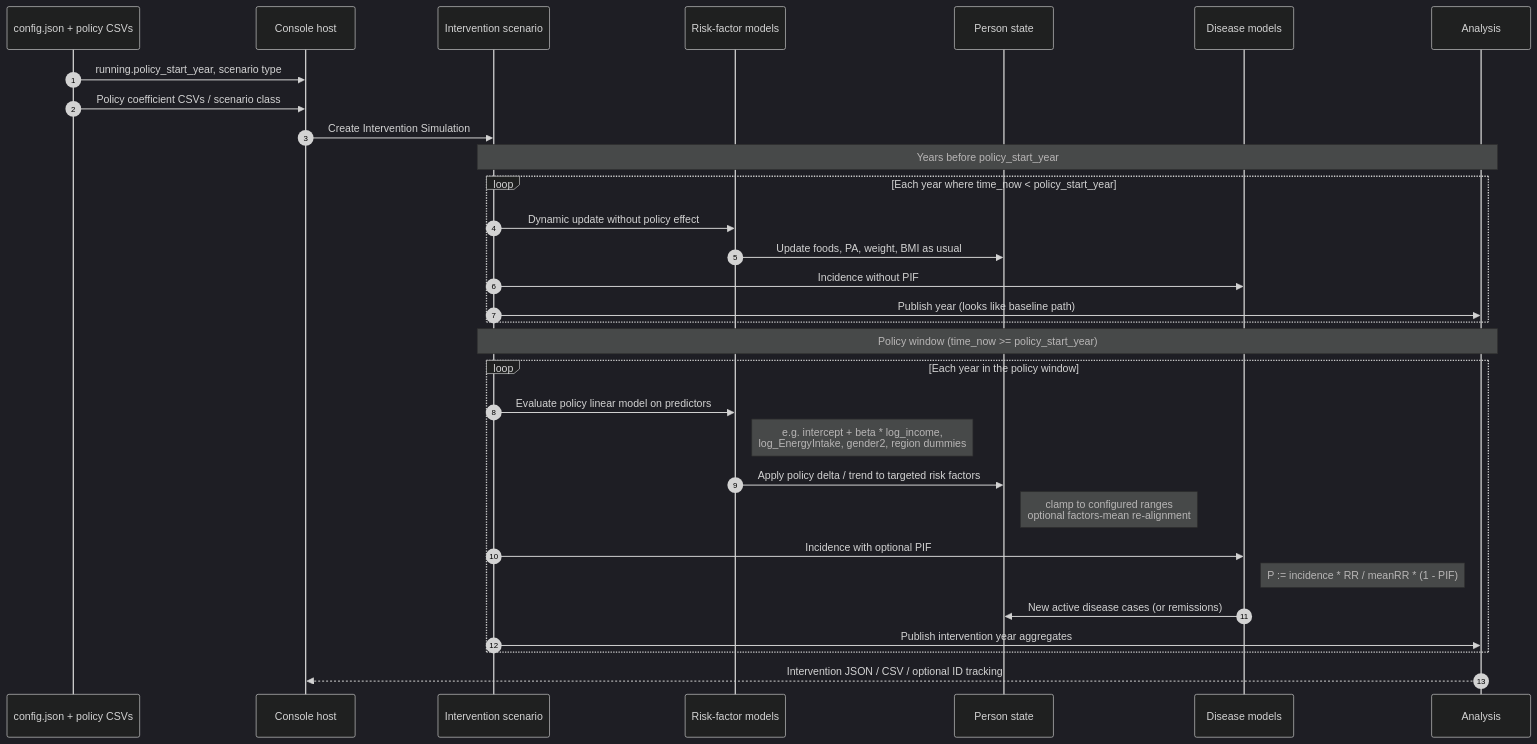
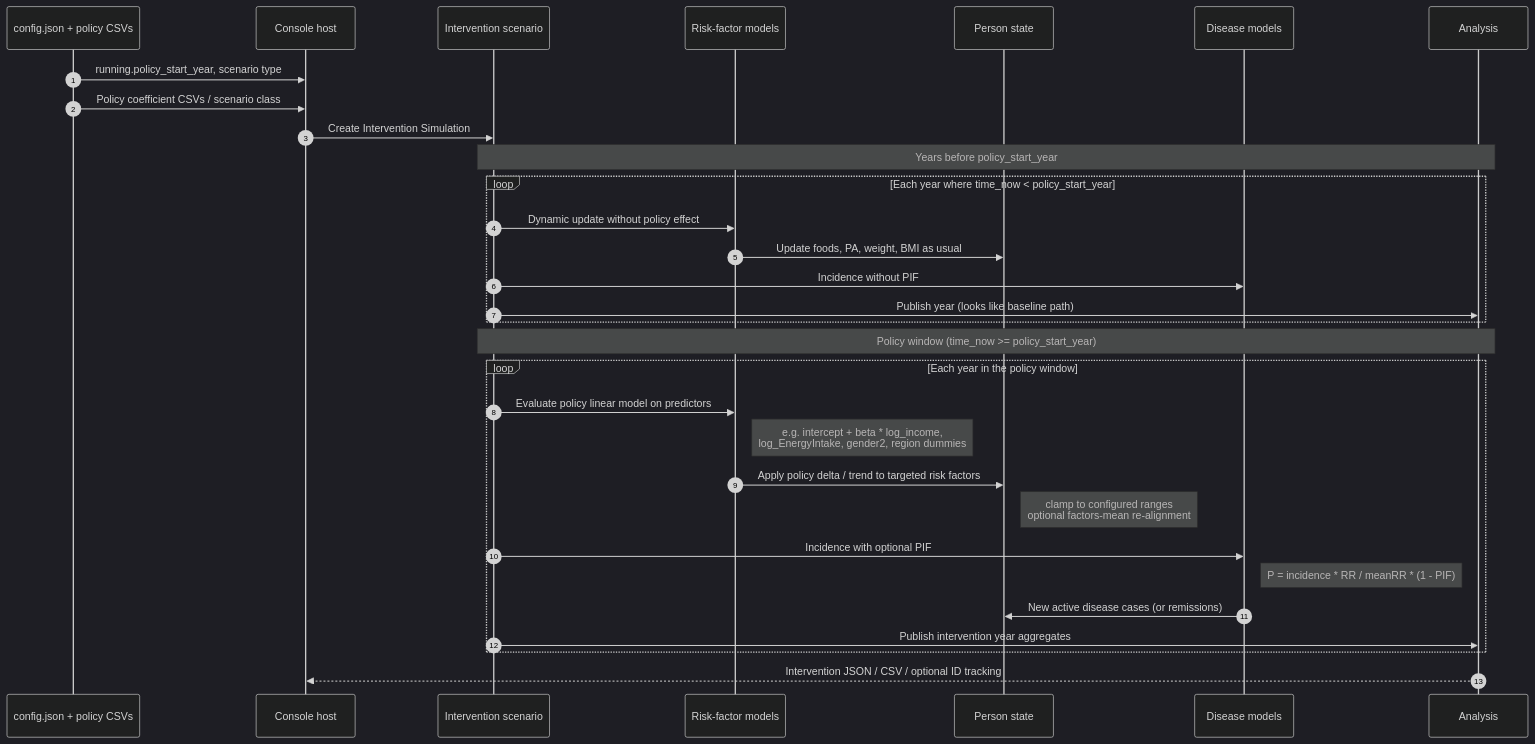
Before and after one commit to imperialCHEPI/healthgps: the first of 3 diagrams in documentation/index.md, drawn with Mermaid (dark theme). The commit also changed other lines of this file, not shown here.

````diff
--- a/documentation/index.md
+++ b/documentation/index.md
@@ -108,37 +108,37 @@
 ```mermaid
 sequenceDiagram
     autonumber
     participant Cfg as config.json + policy CSVs
     participant Host as Console host
     participant Scn as Intervention scenario
     participant RF as Risk-factor models
     participant Pers as Person state
     participant Dis as Disease models
     participant Ana as Analysis
 
     Cfg->>Host: running.policy_start_year, scenario type
     Cfg->>Host: Policy coefficient CSVs / scenario class
     Host->>Scn: Create Intervention Simulation
 
     Note over Scn,Ana: Years before policy_start_year
     loop Each year where time_now < policy_start_year
         Scn->>RF: Dynamic update without policy effect
         RF->>Pers: Update foods, PA, weight, BMI as usual
         Scn->>Dis: Incidence without PIF
         Scn->>Ana: Publish year (looks like baseline path)
     end
 
     Note over Scn,Ana: Policy window (time_now >= policy_start_year)
     loop Each year in the policy window
         Scn->>RF: Evaluate policy linear model on predictors
         Note right of RF: e.g. intercept + beta * log_income,<br/>log_EnergyIntake, gender2, region dummies
         RF->>Pers: Apply policy delta / trend to targeted risk factors
         Note right of Pers: clamp to configured ranges<br/>optional factors-mean re-alignment
         Scn->>Dis: Incidence with optional PIF
-        Note right of Dis: P := incidence * RR / meanRR * (1 - PIF)
+        Note right of Dis: P = incidence * RR / meanRR * (1 - PIF)
         Dis->>Pers: New active disease cases (or remissions)
         Scn->>Ana: Publish intervention year aggregates
     end
 
     Ana-->>Host: Intervention JSON / CSV / optional ID tracking
 ```
````
